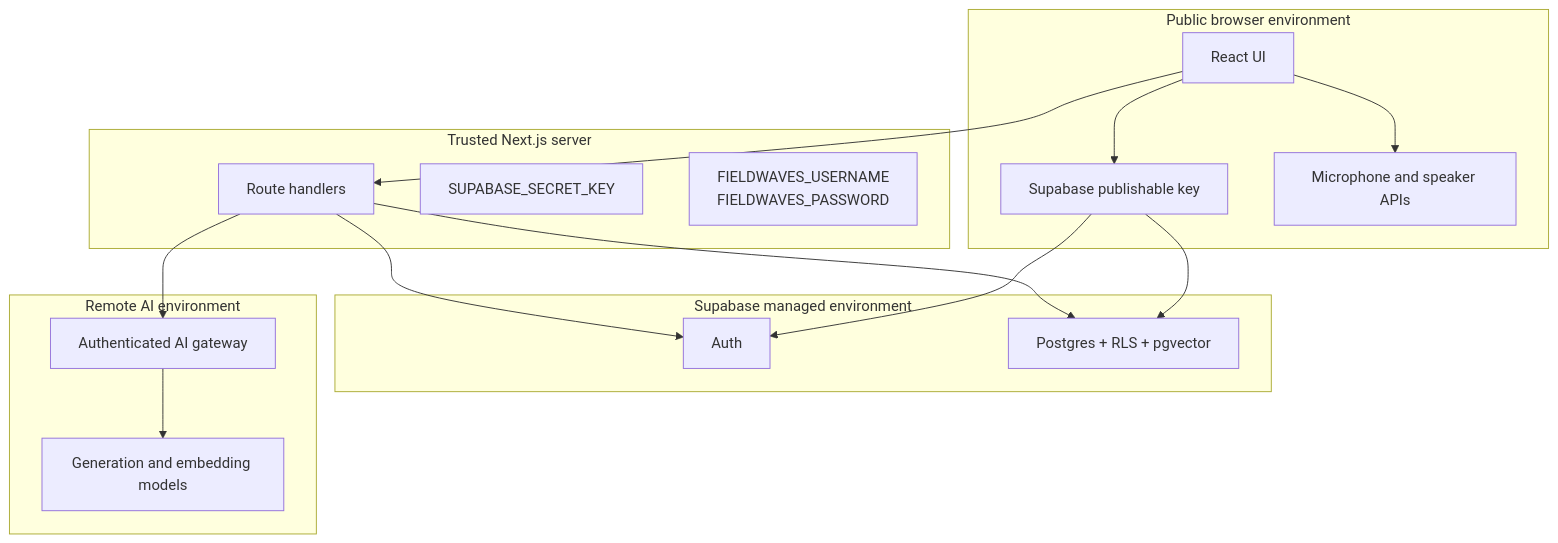
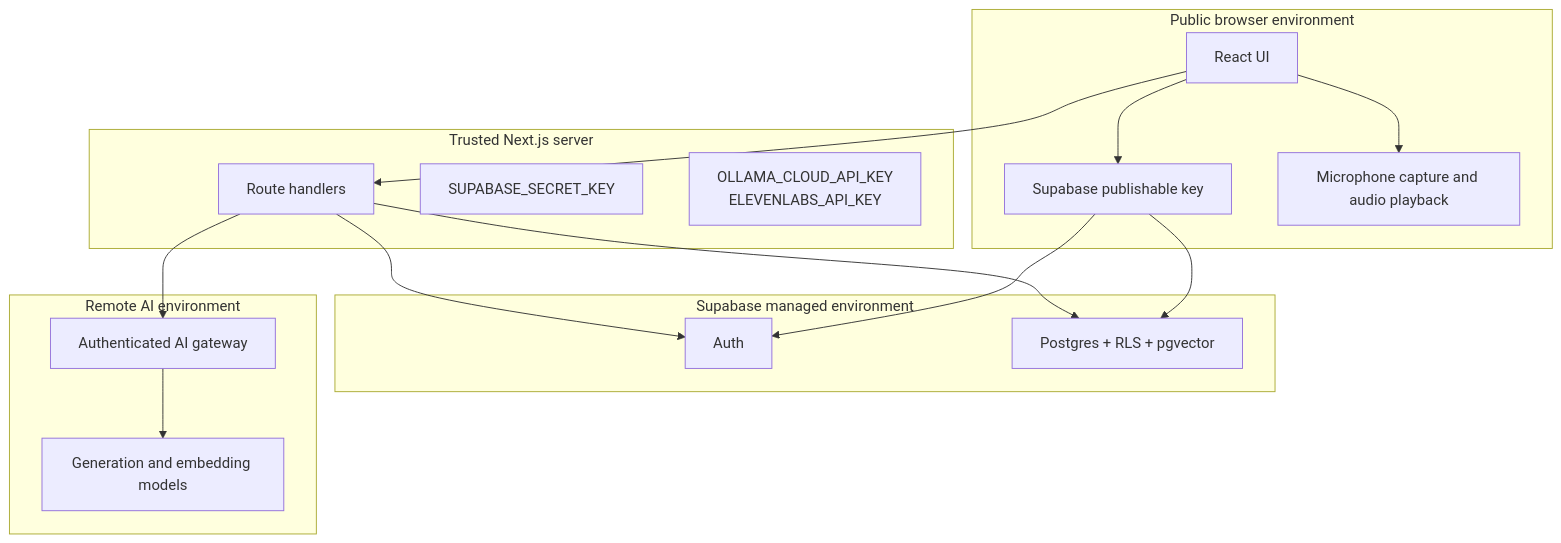
Before and after one commit to mardan-shah/voice-app: the second of 9 diagrams in README.md, drawn with Mermaid. The commit also changed other lines of this file and 22 other files, not shown here.

````diff
--- a/README.md
+++ b/README.md
@@ -425,34 +428,34 @@
 ```mermaid
 flowchart TB
     subgraph Public["Public browser environment"]
         UI["React UI"]
         BrowserKey["Supabase publishable key"]
-        Voice["Microphone and speaker APIs"]
+        Voice["Microphone capture and audio playback"]
     end
 
     subgraph Trusted["Trusted Next.js server"]
         Routes["Route handlers"]
         Secret["SUPABASE_SECRET_KEY"]
-        AICreds["FIELDWAVES_USERNAME<br/>FIELDWAVES_PASSWORD"]
+        AICreds["OLLAMA_CLOUD_API_KEY<br/>ELEVENLABS_API_KEY"]
     end
 
     subgraph Managed["Supabase managed environment"]
         Auth["Auth"]
         Data["Postgres + RLS + pgvector"]
     end
 
     subgraph Remote["Remote AI environment"]
         Gateway["Authenticated AI gateway"]
         Models["Generation and embedding models"]
     end
 
     UI --> BrowserKey
     UI --> Voice
     UI --> Routes
     BrowserKey --> Auth
     BrowserKey --> Data
     Routes --> Auth
     Routes --> Data
     Routes --> Gateway
     Gateway --> Models
 ```
````
